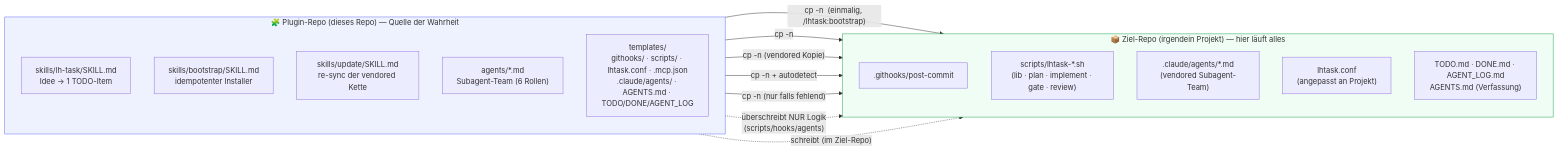
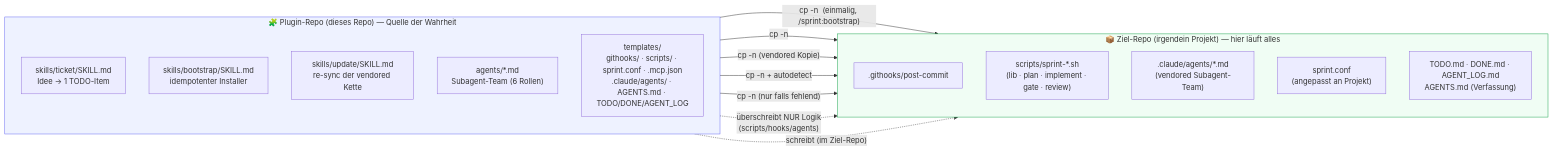
One commit to leonhoffmann86/team-sprint changed the first of 12 diagrams in ARCHITECTURE.md. Above: the diagram before and after it, drawn with Mermaid. The commit also changed other lines of this file and 30 other files, not shown here.

First line of the commit message:
rename: LHTask → Sprint (v1.0.0)

````diff
--- a/ARCHITECTURE.md
+++ b/ARCHITECTURE.md
@@ -28,31 +28,31 @@
 ```mermaid
 flowchart LR
     subgraph PLUGIN["🧩 Plugin-Repo (dieses Repo) — Quelle der Wahrheit"]
         direction TB
-        SK1["skills/lh-task/SKILL.md<br/>Idee → 1 TODO-Item"]
+        SK1["skills/ticket/SKILL.md<br/>Idee → 1 TODO-Item"]
         SK2["skills/bootstrap/SKILL.md<br/>idempotenter Installer"]
         SK3["skills/update/SKILL.md<br/>re-sync der vendored Kette"]
         AG["agents/*.md<br/>Subagent-Team (6 Rollen)"]
-        TPL["templates/<br/>githooks/ · scripts/ · lhtask.conf · .mcp.json<br/>.claude/agents/ · AGENTS.md · TODO/DONE/AGENT_LOG"]
+        TPL["templates/<br/>githooks/ · scripts/ · sprint.conf · .mcp.json<br/>.claude/agents/ · AGENTS.md · TODO/DONE/AGENT_LOG"]
     end
 
     subgraph TARGET["📦 Ziel-Repo (irgendein Projekt) — hier läuft alles"]
         direction TB
         HOOK[".githooks/post-commit"]
-        SCR["scripts/lhtask-*.sh<br/>(lib · plan · implement · gate · review)"]
+        SCR["scripts/sprint-*.sh<br/>(lib · plan · implement · gate · review)"]
         VAG[".claude/agents/*.md<br/>(vendored Subagent-Team)"]
-        CONF["lhtask.conf<br/>(angepasst an Projekt)"]
+        CONF["sprint.conf<br/>(angepasst an Projekt)"]
         LIFE["TODO.md · DONE.md · AGENT_LOG.md<br/>AGENTS.md (Verfassung)"]
     end
 
-    SK2 -- "cp -n  (einmalig, /lhtask:bootstrap)" --> HOOK
+    SK2 -- "cp -n  (einmalig, /sprint:bootstrap)" --> HOOK
     SK2 -- "cp -n" --> SCR
     SK2 -- "cp -n (vendored Kopie)" --> VAG
     SK2 -- "cp -n + autodetect" --> CONF
     SK2 -- "cp -n (nur falls fehlend)" --> LIFE
     SK3 -. "überschreibt NUR Logik<br/>(scripts/hooks/agents)" .-> SCR
     SK1 -. "schreibt (im Ziel-Repo)" .-> LIFE
 
     style PLUGIN fill:#eef2ff,stroke:#6366f1
     style TARGET fill:#f0fdf4,stroke:#16a34a
 ```
````
